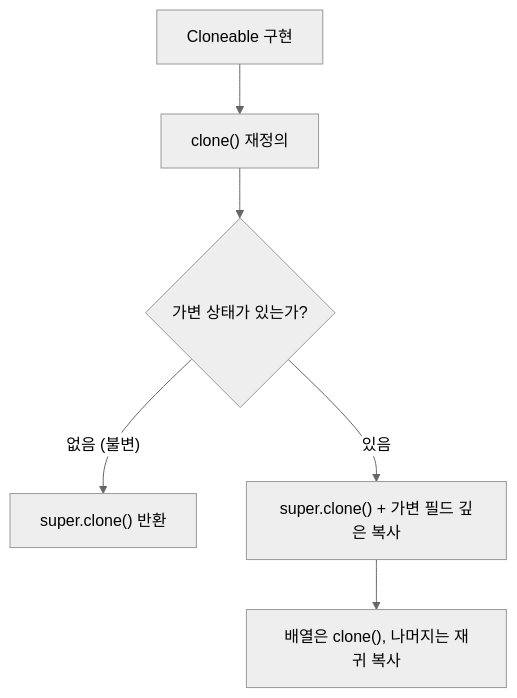
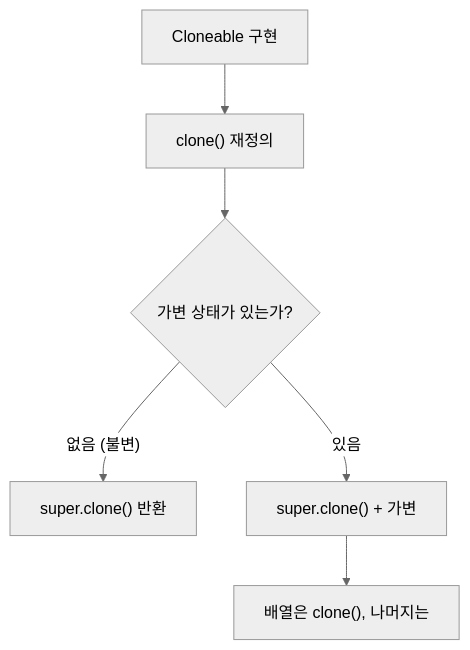
The third of 4 diagrams in _posts/effective_java/2026-05-03-effective-java-common-methods.md (yjkim2015/yjkim2015.github.io), drawn with Mermaid (neutral theme) before and after one commit. The commit also changed other lines of this file and 271 other files, not shown here.

First line of the commit message:
Mermaid 라벨 축소: 긴 노드 텍스트 18자 이하로 트림 + \n 제거

````diff
--- a/_posts/effective_java/2026-05-03-effective-java-common-methods.md
+++ b/_posts/effective_java/2026-05-03-effective-java-common-methods.md
@@ -201,8 +201,8 @@
 ```mermaid
 flowchart TD
     A["Cloneable 구현"] --> B["clone() 재정의"]
     B --> C{"가변 상태가 있는가?"}
     C -->|"없음 (불변)"| D["super.clone() 반환"]
-    C -->|"있음"| E["super.clone() + 가변 필드 깊은 복사"]
-    E --> F["배열은 clone(), 나머지는 재귀 복사"]
+    C -->|"있음"| E["super.clone() + 가변"]
+    E --> F["배열은 clone(), 나머지는"]
 ```
````
